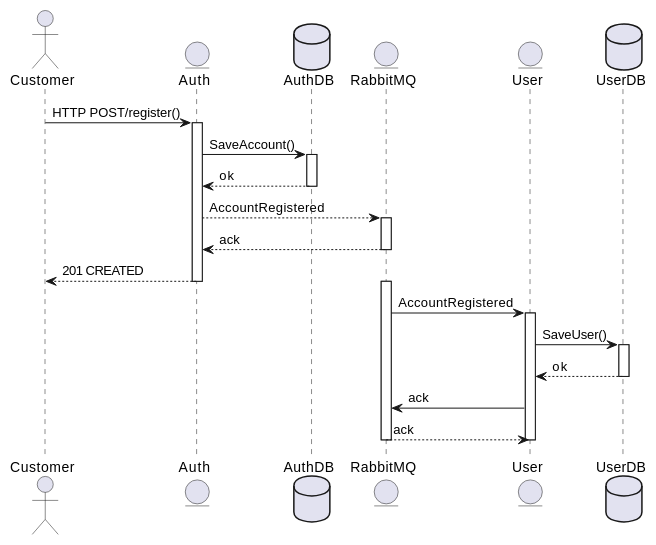
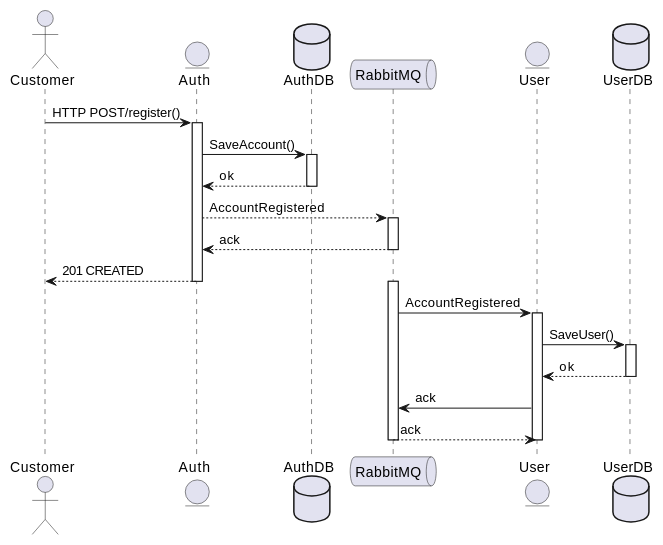
One commit to ldeluigi/microchat changed the second of 4 diagrams in docs/architecture/sequence-diagram.md. Above: the diagram before and after it, drawn with PlantUML. The commit also changed other lines of this file, not shown here.

Commit message:
Convert RabbitMq and Redis to queues

````diff
--- a/docs/architecture/sequence-diagram.md
+++ b/docs/architecture/sequence-diagram.md
@@ -64,33 +64,33 @@
 ```plantuml
 @startuml NewUser
 actor Customer
 entity Auth
 database AuthDB
-entity RabbitMQ
+queue RabbitMQ
 entity User
 database UserDB
 Customer -> Auth : HTTP POST/register()
 activate Auth
 Auth -> AuthDB : SaveAccount()
 activate AuthDB
 AuthDB --> Auth : ok
 deactivate AuthDB
 Auth --> RabbitMQ : AccountRegistered
 activate RabbitMQ
 RabbitMQ --> Auth : ack
 deactivate RabbitMQ
 Auth --> Customer : 201 CREATED
 deactivate Auth
 activate RabbitMQ
 RabbitMQ -> User : AccountRegistered
 activate User
 User -> UserDB : SaveUser()
 activate UserDB
 UserDB --> User : ok
 deactivate UserDB
 User -> RabbitMQ : ack
 RabbitMQ --> User : ack
 deactivate User
 deactivate RabbitMQ
 @enduml
 ```
````
